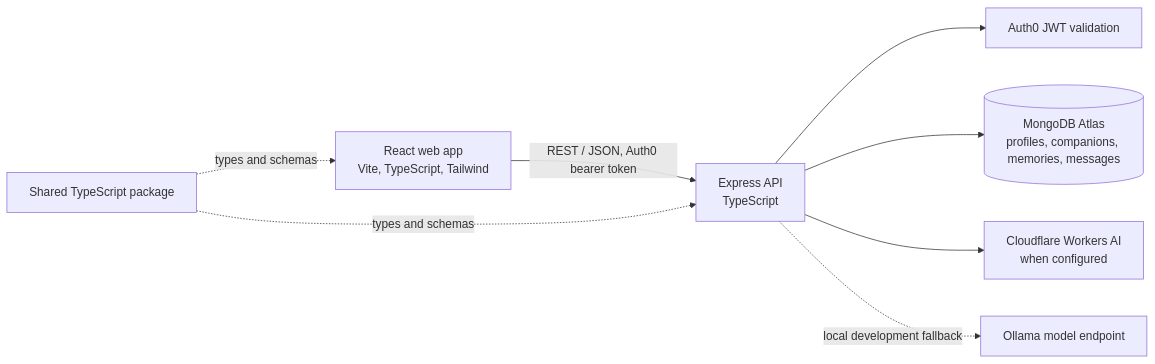
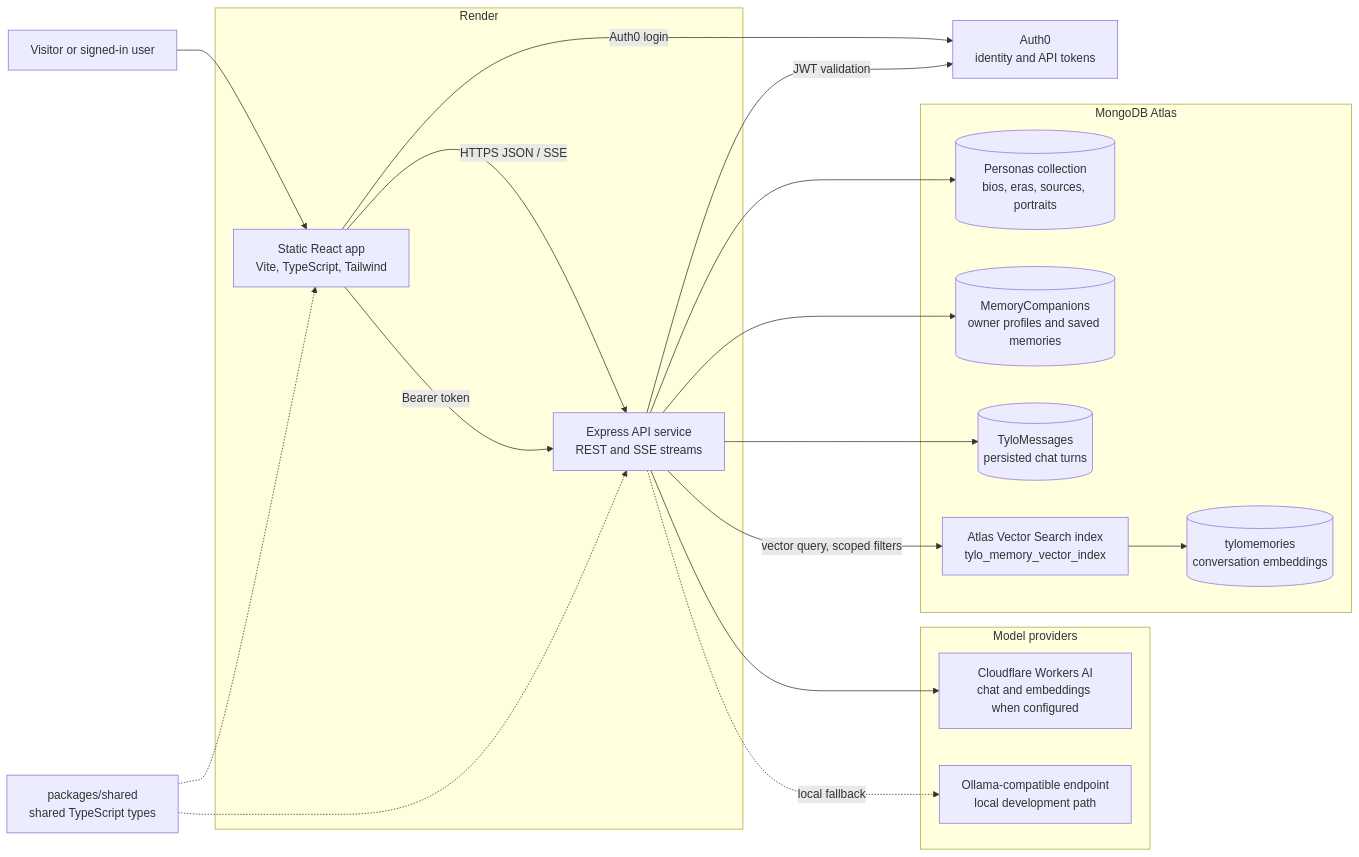
One commit to utkarsh-g19/PeopleOfdPast changed the first of 3 diagrams in README.md. Above: the diagram before and after it, drawn with Mermaid. The commit also changed other lines of this file, not shown here.

````diff
--- a/README.md
+++ b/README.md
@@ -29,10 +25,35 @@
 ```mermaid
 flowchart LR
-  Browser[React web app<br/>Vite, TypeScript, Tailwind] -->|REST / JSON, Auth0 bearer token| API[Express API<br/>TypeScript]
-  API --> Auth[Auth0 JWT validation]
-  API --> Mongo[(MongoDB Atlas<br/>profiles, companions, memories, messages)]
-  API --> AI[Cloudflare Workers AI<br/>when configured]
-  API -. local development fallback .-> Ollama[Ollama model endpoint]
-  Shared[Shared TypeScript package] -. types and schemas .-> Browser
-  Shared -. types and schemas .-> API
+  Person[Visitor or signed-in user]
+  subgraph Render[Render]
+    Web[Static React app<br/>Vite, TypeScript, Tailwind]
+    API[Express API service<br/>REST and SSE streams]
+  end
+  Auth0[Auth0<br/>identity and API tokens]
+  subgraph Atlas[MongoDB Atlas]
+    Personas[(Personas collection<br/>bios, eras, sources, portraits)]
+    Companions[(MemoryCompanions<br/>owner profiles and saved memories)]
+    Messages[(TyloMessages<br/>persisted chat turns)]
+    VectorDocs[(tylomemories<br/>conversation embeddings)]
+    VS[Atlas Vector Search index<br/>tylo_memory_vector_index]
+  end
+  subgraph Models[Model providers]
+    CF[Cloudflare Workers AI<br/>chat and embeddings when configured]
+    Local[Ollama-compatible endpoint<br/>local development path]
+  end
+
+  Person --> Web
+  Web -->|Auth0 login| Auth0
+  Web -->|HTTPS JSON / SSE| API
+  Web -->|Bearer token| API
+  API -->|JWT validation| Auth0
+  API --> Personas
+  API --> Companions
+  API --> Messages
+  API -->|vector query, scoped filters| VS
+  VS --> VectorDocs
+  API --> CF
+  API -. local fallback .-> Local
+  Shared[packages/shared<br/>shared TypeScript types] -.-> Web
+  Shared -.-> API
 ```
````
